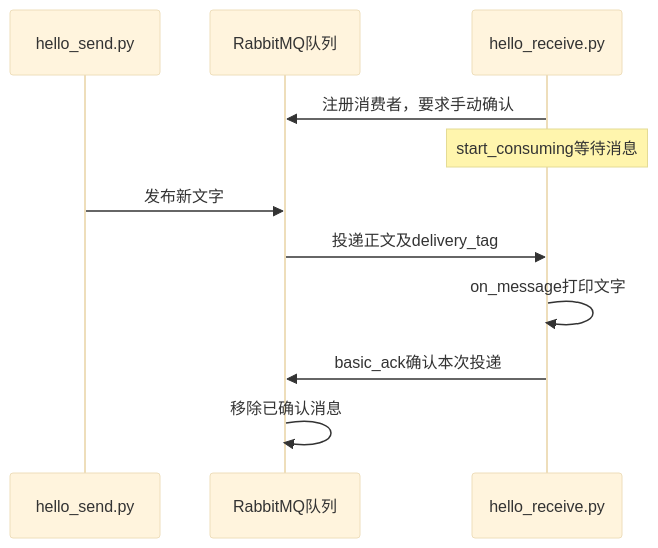
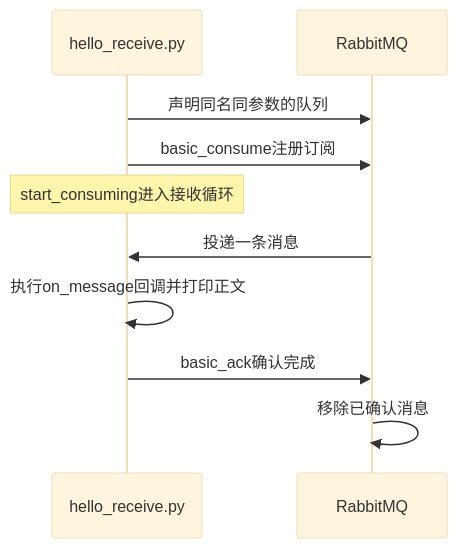
One commit to tianshiyang/ai-lab changed the fourth of 13 diagrams in rabbitMQ学习/README.md. Above: the diagram before and after it, drawn with Mermaid (base theme). The commit also changed other lines of this file and 2 other files, not shown here.

Commit message:
refactor(rabbitMQ学习): 移除集中资源常量，名称内联到调用处

````diff
--- a/rabbitMQ学习/README.md
+++ b/rabbitMQ学习/README.md
@@ -393,13 +290,12 @@
 ```mermaid
 sequenceDiagram
-    participant P as hello_send.py
-    participant R as RabbitMQ队列
     participant C as hello_receive.py
-    C->>R: 注册消费者，要求手动确认
-    Note over C: start_consuming等待消息
-    P->>R: 发布新文字
-    R->>C: 投递正文及delivery_tag
-    C->>C: on_message打印文字
-    C->>R: basic_ack确认本次投递
+    participant R as RabbitMQ
+    C->>R: 声明同名同参数的队列
+    C->>R: basic_consume注册订阅
+    Note over C: start_consuming进入接收循环
+    R->>C: 投递一条消息
+    C->>C: 执行on_message回调并打印正文
+    C->>R: basic_ack确认完成
     R->>R: 移除已确认消息
 ```
````
